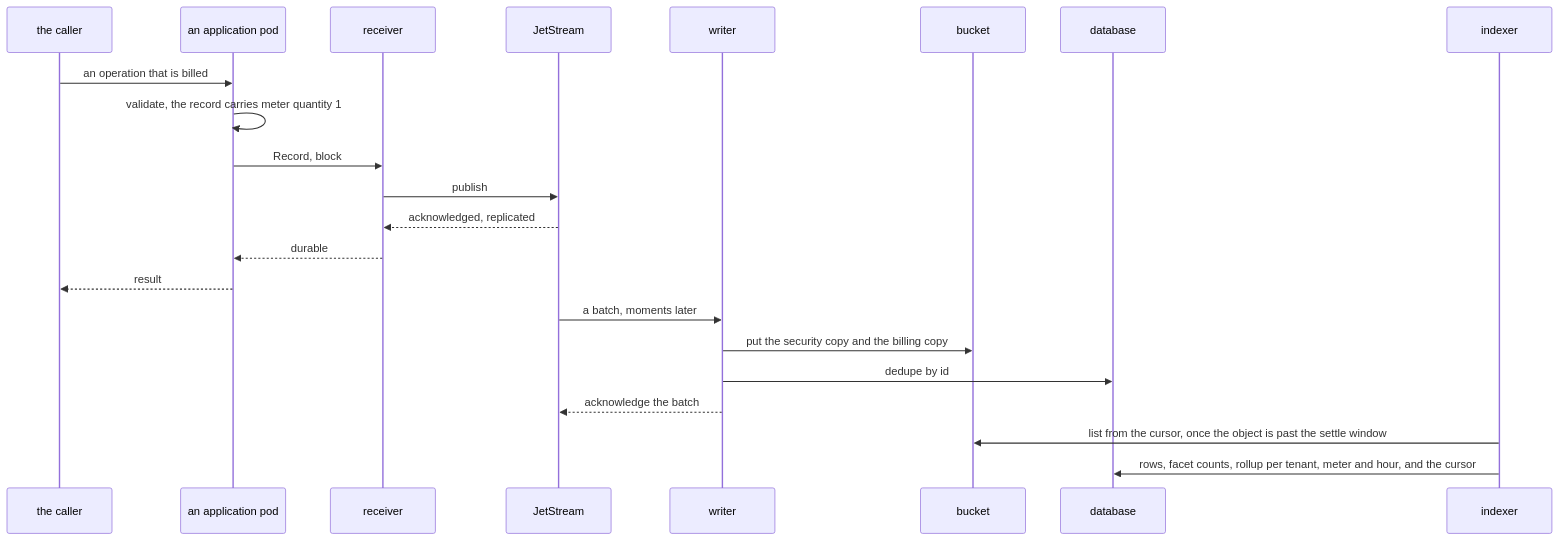
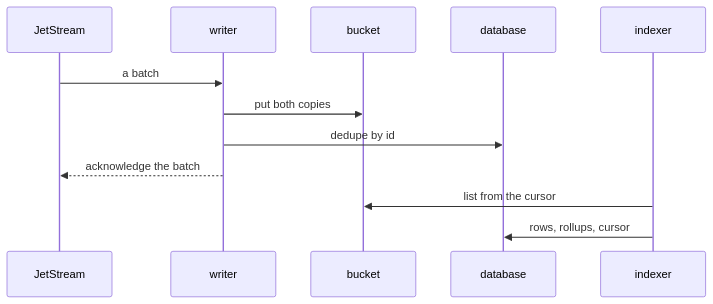
The fourth of 4 diagrams in docs/audit/explanation/stream-mode.md (truvity/sluis), drawn with Mermaid before and after one commit. The commit also changed other lines of this file and 39 other files, not shown here.

First line of the commit message:
docs: links, one checker, diagrams at natural size, and the loose ends of the other passes

````diff
--- a/docs/audit/explanation/stream-mode.md
+++ b/docs/audit/explanation/stream-mode.md
@@ -53,25 +73,14 @@
 ```mermaid
 sequenceDiagram
-  participant C as the caller
-  participant A as an application pod
-  participant R as receiver
   participant N as JetStream
   participant W as writer
   participant S3 as bucket
   participant PG as database
   participant O as indexer
-
-  C->>A: an operation that is billed
-  A->>A: validate, the record carries meter quantity 1
-  A->>R: Record, block
-  R->>N: publish
-  N-->>R: acknowledged, replicated
-  R-->>A: durable
-  A-->>C: result
-  N->>W: a batch, moments later
-  W->>S3: put the security copy and the billing copy
+  N->>W: a batch
+  W->>S3: put both copies
   W->>PG: dedupe by id
   W-->>N: acknowledge the batch
-  O->>S3: list from the cursor, once the object is past the settle window
-  O->>PG: rows, facet counts, rollup per tenant, meter and hour, and the cursor
+  O->>S3: list from the cursor
+  O->>PG: rows, rollups, cursor
 ```
````
